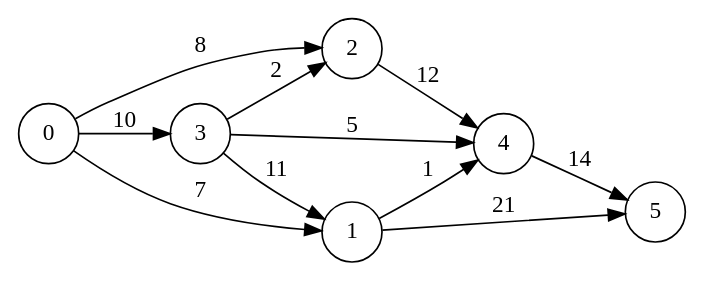
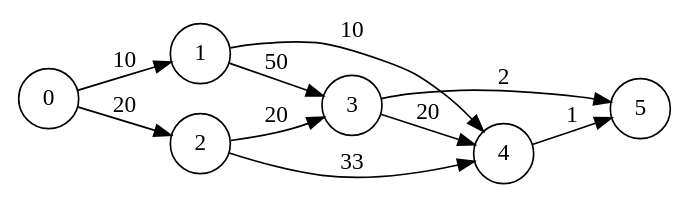
Before and after one commit to scanim-valentin/functional-programming-project: the diagram in 0.dot, drawn with Graphviz. The commit also changed 7 other files, not shown here.

```diff
--- a/0.dot
+++ b/0.dot
@@ -1,15 +1,14 @@
 digraph my_graph {
     rankdir=LR;
     size="8,5"
     node [shape = circle];
-    0 -> 2 [label="8"];
-    0 -> 3 [label="10"];
-    0 -> 1 [label="7"];
-    2 -> 4 [label="12"];
-    3 -> 4 [label="5"];
-    3 -> 2 [label="2"];
-    3 -> 1 [label="11"];
-    1 -> 4 [label="1"];
-    1 -> 5 [label="21"];
-    4 -> 5 [label="14"];
+    4 -> 5 [label="1"];
+    3 -> 5 [label="2"];
+    3 -> 4 [label="20"];
+    1 -> 3 [label="50"];
+    1 -> 4 [label="10"];
+    2 -> 3 [label="20"];
+    2 -> 4 [label="33"];
+    0 -> 1 [label="10"];
+    0 -> 2 [label="20"];
 }
```
